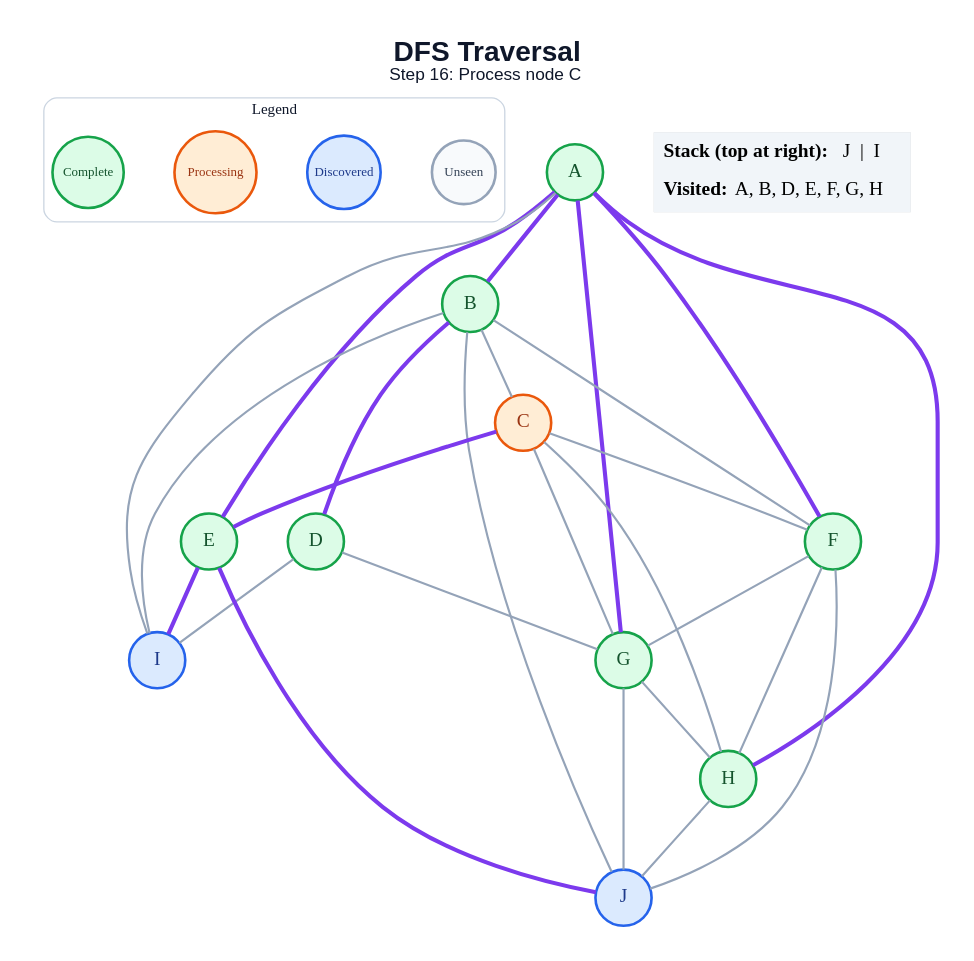
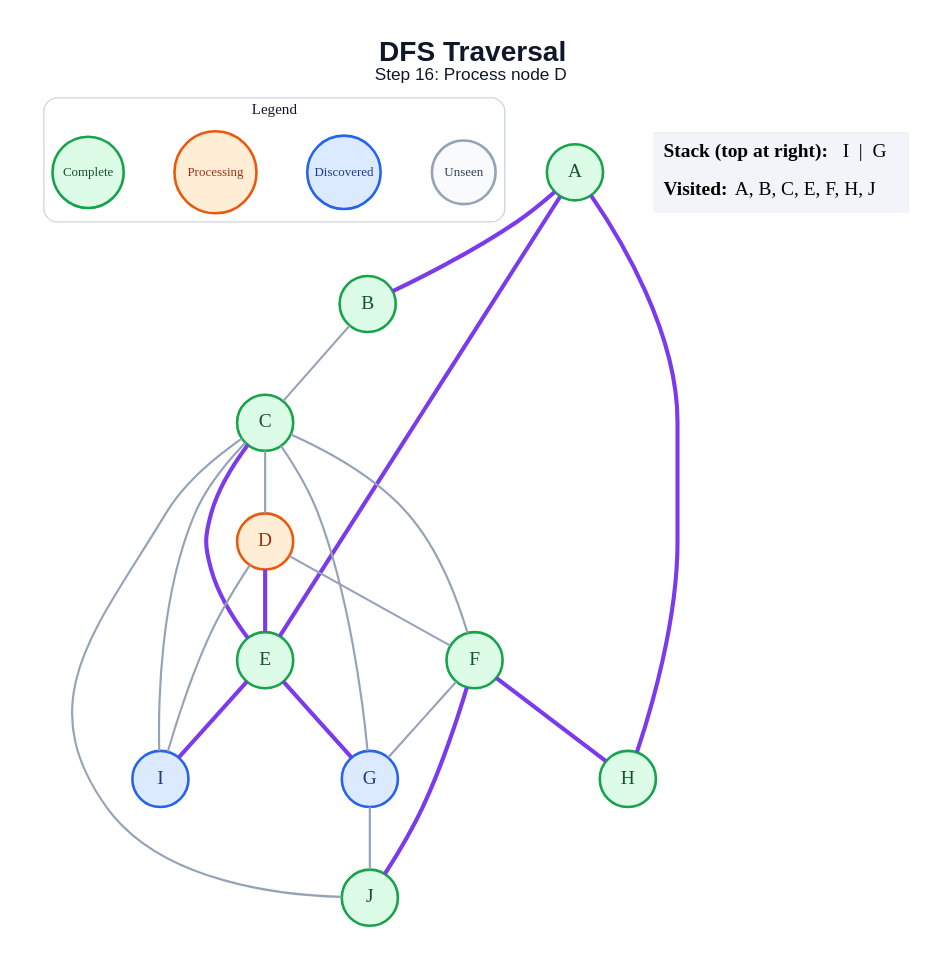
The diagram in generated/specific-node/dfs/step_16.dot (anon7238593-create/ai-slop), drawn with Graphviz before and after one commit. The commit also changed 178 other files, not shown here.

```diff
--- a/generated/specific-node/dfs/step_16.dot
+++ b/generated/specific-node/dfs/step_16.dot
@@ -1,54 +1,48 @@
 graph traversal {
   graph [layout=dot, rankdir=TB, bgcolor="#FFFFFF", pad="0.35", nodesep="0.65", ranksep="0.8", fontname="Arial"];
   node [shape=circle, style="filled", fontname="Arial Bold", fontsize=18, width=0.72, fixedsize=true, penwidth=2.4];
   edge [color="#94A3B8", penwidth=2.0];
-  label=<<B>DFS Traversal</B><BR/><FONT POINT-SIZE="16">Step 16: Process node C</FONT>>; labelloc="t"; fontsize=26; fontname="Arial"; fontcolor="#0F172A";
+  label=<<B>DFS Traversal</B><BR/><FONT POINT-SIZE="16">Step 16: Process node D</FONT>>; labelloc="t"; fontsize=26; fontname="Arial"; fontcolor="#0F172A";
   subgraph cluster_legend { label="Legend"; color="#CBD5E1"; penwidth=1.2; style="rounded"; fontsize=14; fontname="Arial Bold";
     key_unseen [label="Unseen", fillcolor="#F8FAFC", color="#94A3B8", fontcolor="#334155", fontsize=12, width=0.82];
     key_frontier [label="Discovered", fillcolor="#DBEAFE", color="#2563EB", fontcolor="#1E3A8A", fontsize=12, width=0.95];
     key_current [label="Processing", fillcolor="#FFEDD5", color="#EA580C", fontcolor="#9A3412", fontsize=12, width=1.05];
     key_done [label="Complete", fillcolor="#DCFCE7", color="#16A34A", fontcolor="#14532D", fontsize=12, width=0.92];
     { rank=same; key_unseen; key_frontier; key_current; key_done; }
   }
   A [fillcolor="#DCFCE7", color="#16A34A", fontcolor="#14532D"];
   B [fillcolor="#DCFCE7", color="#16A34A", fontcolor="#14532D"];
-  C [fillcolor="#FFEDD5", color="#EA580C", fontcolor="#9A3412"];
-  D [fillcolor="#DCFCE7", color="#16A34A", fontcolor="#14532D"];
+  C [fillcolor="#DCFCE7", color="#16A34A", fontcolor="#14532D"];
+  D [fillcolor="#FFEDD5", color="#EA580C", fontcolor="#9A3412"];
   E [fillcolor="#DCFCE7", color="#16A34A", fontcolor="#14532D"];
   F [fillcolor="#DCFCE7", color="#16A34A", fontcolor="#14532D"];
-  G [fillcolor="#DCFCE7", color="#16A34A", fontcolor="#14532D"];
+  G [fillcolor="#DBEAFE", color="#2563EB", fontcolor="#1E3A8A"];
   H [fillcolor="#DCFCE7", color="#16A34A", fontcolor="#14532D"];
   I [fillcolor="#DBEAFE", color="#2563EB", fontcolor="#1E3A8A"];
-  J [fillcolor="#DBEAFE", color="#2563EB", fontcolor="#1E3A8A"];
+  J [fillcolor="#DCFCE7", color="#16A34A", fontcolor="#14532D"];
   A -- B [color="#7C3AED", penwidth=3.8];
   A -- E [color="#7C3AED", penwidth=3.8];
-  A -- F [color="#7C3AED", penwidth=3.8];
-  A -- G [color="#7C3AED", penwidth=3.8];
   A -- H [color="#7C3AED", penwidth=3.8];
-  A -- I;
   B -- C;
-  B -- D [color="#7C3AED", penwidth=3.8];
-  B -- F;
-  B -- I;
-  B -- J;
+  C -- D;
   C -- E [color="#7C3AED", penwidth=3.8];
   C -- F;
   C -- G;
-  C -- H;
-  D -- G;
+  C -- I;
+  C -- J;
+  D -- E [color="#7C3AED", penwidth=3.8];
+  D -- F;
   D -- I;
+  E -- G [color="#7C3AED", penwidth=3.8];
   E -- I [color="#7C3AED", penwidth=3.8];
-  E -- J [color="#7C3AED", penwidth=3.8];
   F -- G;
-  F -- H;
-  F -- J;
-  G -- H;
+  F -- H [color="#7C3AED", penwidth=3.8];
+  F -- J [color="#7C3AED", penwidth=3.8];
   G -- J;
-  H -- J;
   status [shape=plain, fixedsize=false, width=0, height=0, margin=0, label=<
     <TABLE BORDER="0" CELLBORDER="0" CELLPADDING="7" BGCOLOR="#F1F5F9">
-      <TR><TD ALIGN="LEFT"><B>Stack (top at right):</B> J  |  I</TD></TR>
-      <TR><TD ALIGN="LEFT"><B>Visited:</B> A, B, D, E, F, G, H</TD></TR>
+      <TR><TD ALIGN="LEFT"><B>Stack (top at right):</B> I  |  G</TD></TR>
+      <TR><TD ALIGN="LEFT"><B>Visited:</B> A, B, C, E, F, H, J</TD></TR>
     </TABLE>
   >];
 }
```
